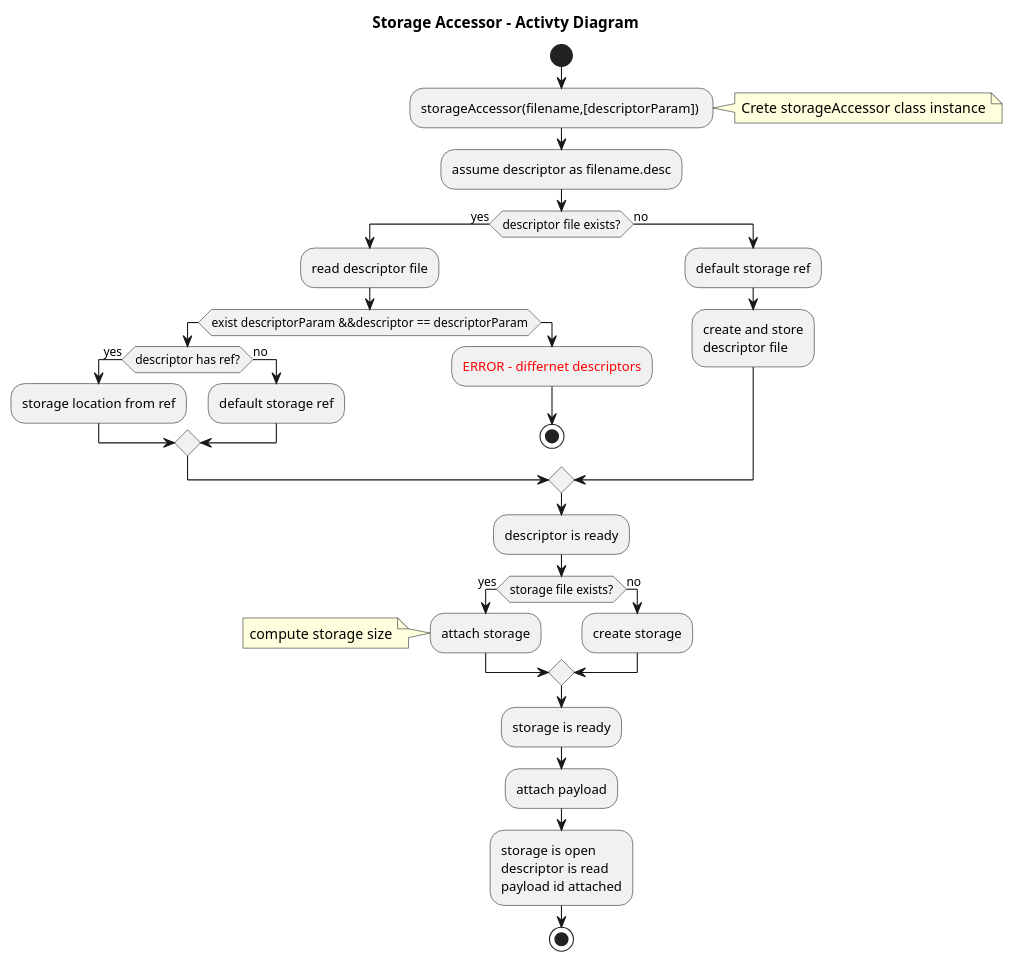
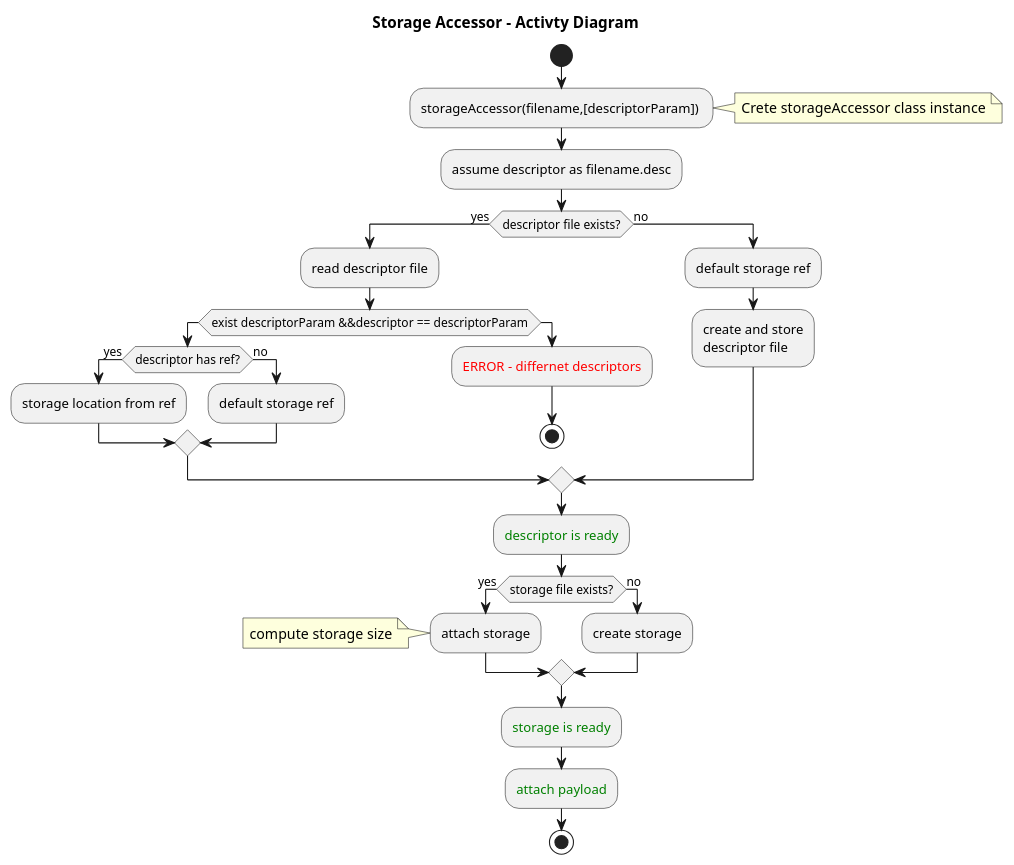
One commit to michalwidera/retractordb changed the diagram in src/rdb/UML/rdb-storageaccessor.puml. Above: the diagram before and after it, drawn with PlantUML.

```diff
--- a/src/rdb/UML/rdb-storageaccessor.puml
+++ b/src/rdb/UML/rdb-storageaccessor.puml
@@ -1,51 +1,46 @@
 @startuml
 
 title Storage Accessor - Activty Diagram
 
 
 start
 
 :storageAccessor(filename,[descriptorParam]) ;
 note right: Crete storageAccessor class instance
 
 :assume descriptor as filename.desc;
 
 if (descriptor file exists?) then (yes)
   :read descriptor file;
   if (exist descriptorParam &&descriptor == descriptorParam)
     if (descriptor has ref?) then (yes)
       :storage location from ref;
     else (no)
       :default storage ref;
     endif
   else
     :<color:red>ERROR - differnet descriptors;
     stop
   endif
 else (no)
   :default storage ref;
   :create and store
   descriptor file;
 endif
 
-:descriptor is ready;
+:<color:green>descriptor is ready;
 
 if (storage file exists?) then (yes)
   :attach storage;
   note left: compute storage size
 else (no)
   :create storage;
 endif
 
-:storage is ready;
+:<color:green>storage is ready;
 
-:attach payload;
-
-
-:storage is open
-descriptor is read
-payload id attached;
+:<color:green>attach payload;
 
 stop
 
 @enduml
```
